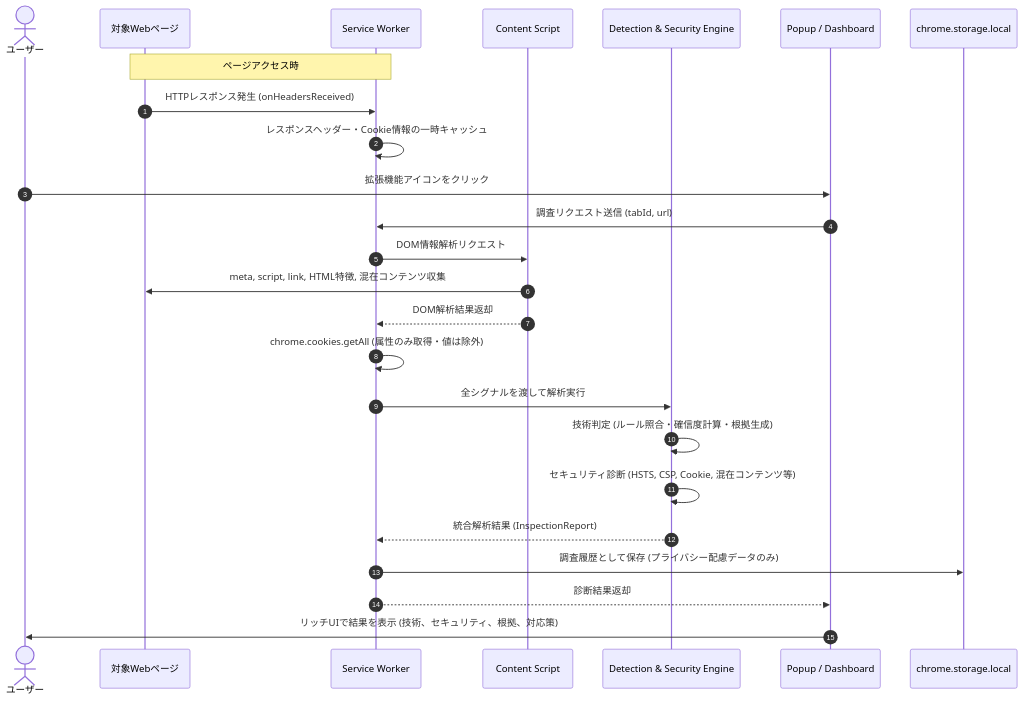
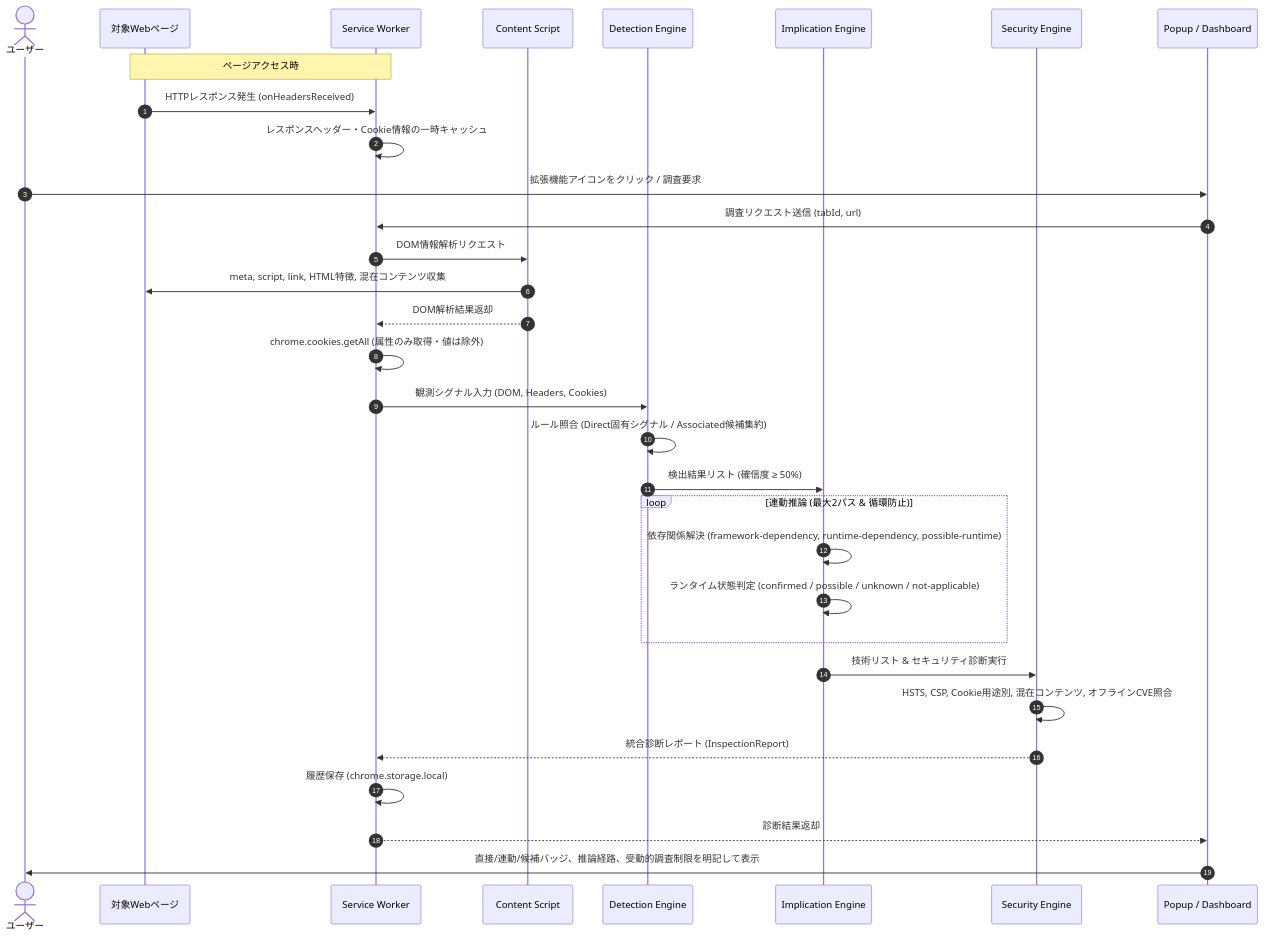
The third of 3 diagrams in docs/DEVELOPMENT_PLAN.md (moritama/web-inspector), drawn with Mermaid before and after one commit. The commit also changed other lines of this file and 31 other files, not shown here.

````diff
--- a/docs/DEVELOPMENT_PLAN.md
+++ b/docs/DEVELOPMENT_PLAN.md
@@ -49,29 +95,39 @@
 ```mermaid
 sequenceDiagram
     autonumber
     actor User as ユーザー
     participant Tab as 対象Webページ
     participant SW as Service Worker
     participant CS as Content Script
-    participant Engine as Detection & Security Engine
-    participant Popup as Popup / Dashboard
-    participant Storage as chrome.storage.local
+    participant DE as Detection Engine
+    participant IE as Implication Engine
+    participant SE as Security Engine
+    participant UI as Popup / Dashboard
 
     Note over Tab,SW: ページアクセス時
     Tab->>SW: HTTPレスポンス発生 (onHeadersReceived)
     SW->>SW: レスポンスヘッダー・Cookie情報の一時キャッシュ
 
-    User->>Popup: 拡張機能アイコンをクリック
-    Popup->>SW: 調査リクエスト送信 (tabId, url)
+    User->>UI: 拡張機能アイコンをクリック / 調査要求
+    UI->>SW: 調査リクエスト送信 (tabId, url)
     SW->>CS: DOM情報解析リクエスト
     CS->>Tab: meta, script, link, HTML特徴, 混在コンテンツ収集
     CS-->>SW: DOM解析結果返却
     SW->>SW: chrome.cookies.getAll (属性のみ取得・値は除外)
-    SW->>Engine: 全シグナルを渡して解析実行
-    Engine->>Engine: 技術判定 (ルール照合・確信度計算・根拠生成)
-    Engine->>Engine: セキュリティ診断 (HSTS, CSP, Cookie, 混在コンテンツ等)
-    Engine-->>SW: 統合解析結果 (InspectionReport)
-    SW->>Storage: 調査履歴として保存 (プライバシー配慮データのみ)
-    SW-->>Popup: 診断結果返却
-    Popup->>User: リッチUIで結果を表示 (技術、セキュリティ、根拠、対応策)
+    
+    SW->>DE: 観測シグナル入力 (DOM, Headers, Cookies)
+    DE->>DE: ルール照合 (Direct固有シグナル / Associated候補集約)
+    DE->>IE: 検出結果リスト (確信度 ≥ 50%)
+    
+    loop 連動推論 (最大2パス & 循環防止)
+        IE->>IE: 依存関係解決 (framework-dependency, runtime-dependency, possible-runtime)
+        IE->>IE: ランタイム状態判定 (confirmed / possible / unknown / not-applicable)
+    end
+    
+    IE->>SE: 技術リスト & セキュリティ診断実行
+    SE->>SE: HSTS, CSP, Cookie用途別, 混在コンテンツ, オフラインCVE照合
+    SE-->>SW: 統合診断レポート (InspectionReport)
+    SW->>SW: 履歴保存 (chrome.storage.local)
+    SW-->>UI: 診断結果返却
+    UI->>User: 直接/連動/候補バッジ、推論経路、受動的調査制限を明記して表示
 ```
````
